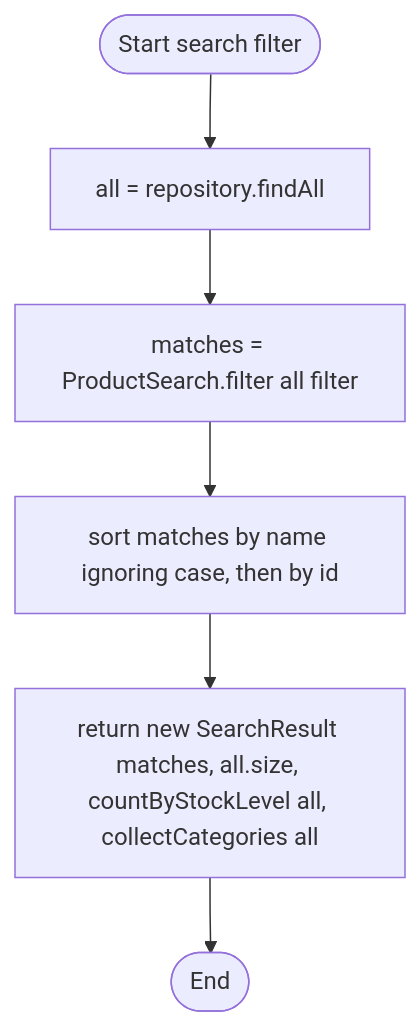
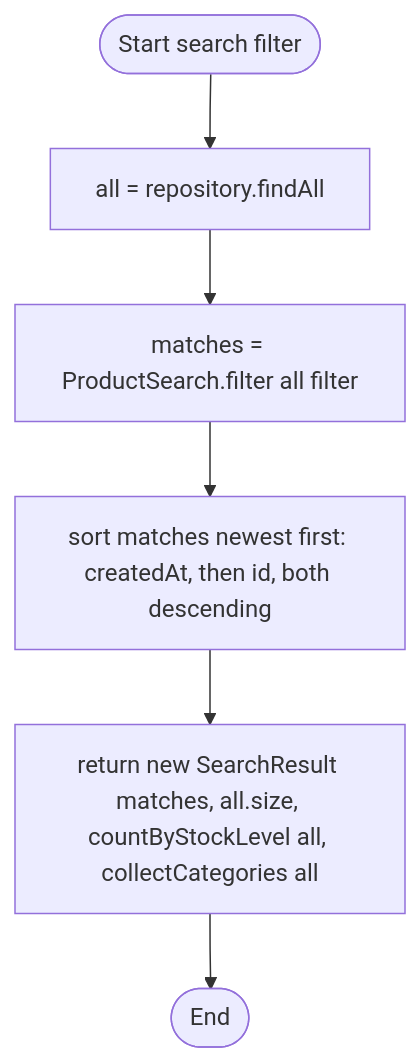
Diagram 12 of 29 in components/products/docs/04-diagrams.md (sfarshadchoudhury-dot/NC1605-Marketplace), drawn with Mermaid before and after one commit. The commit also changed other lines of this file and 3 other files, not shown here.

Commit message:
Update the README, test plan and diagrams for the new screens

````diff
--- a/components/products/docs/04-diagrams.md
+++ b/components/products/docs/04-diagrams.md
@@ -447,8 +451,8 @@
 ```mermaid
 flowchart TD
     A([Start search filter]) --> B["all = repository.findAll"]
     B --> C["matches = ProductSearch.filter all filter"]
-    C --> D["sort matches by name ignoring case, then by id"]
+    C --> D["sort matches newest first: createdAt, then id, both descending"]
     D --> E["return new SearchResult matches, all.size, countByStockLevel all, collectCategories all"]
     E --> Z([End])
 ```
````
